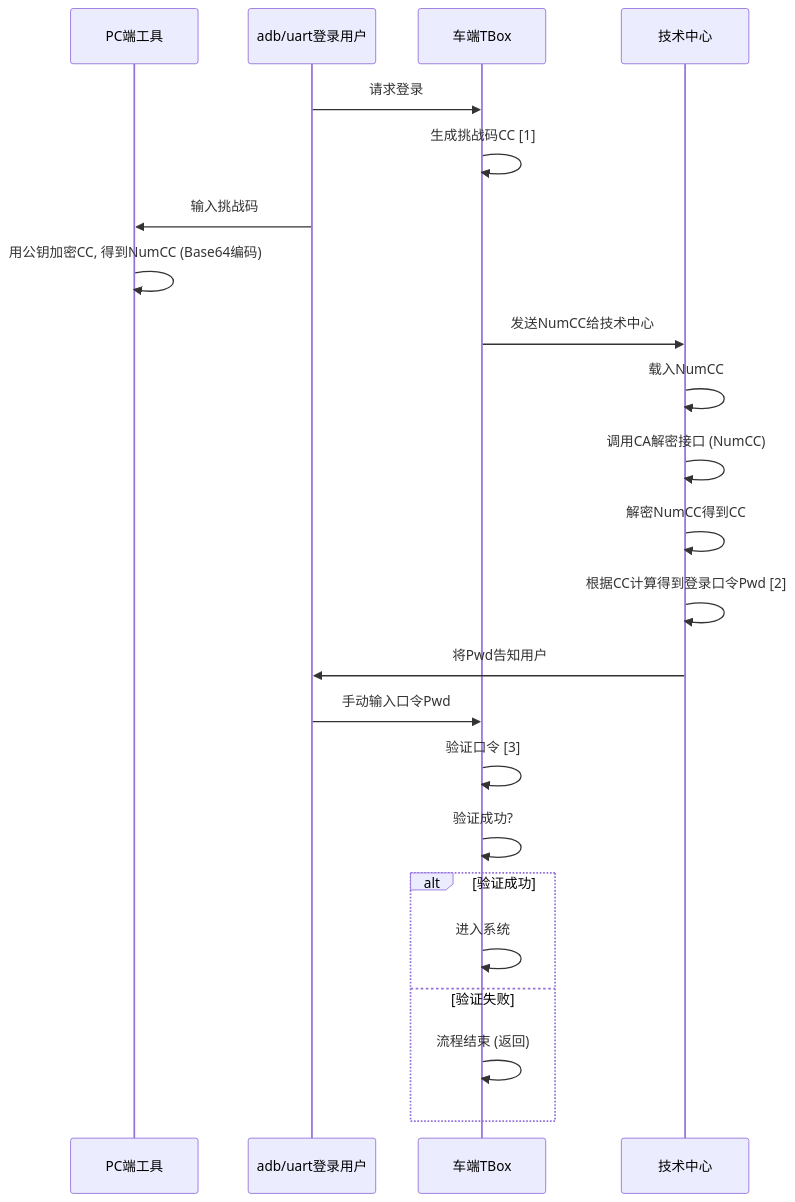
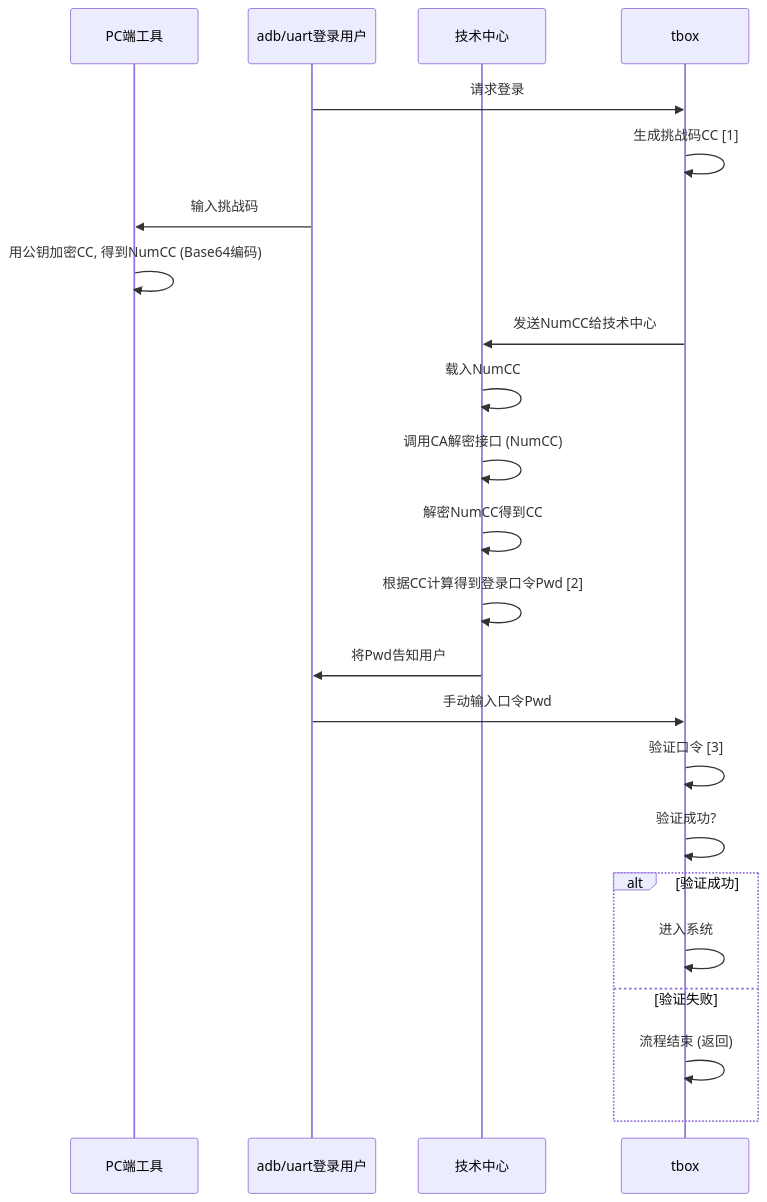
Before and after one commit to facebook-cloud/iodraw-files: the diagram in all/未命名-13.md, drawn with Mermaid.

Commit message:
2026-01-26 18:19:35 update

````diff
--- a/all/未命名-13.md
+++ b/all/未命名-13.md
@@ -1,29 +1,30 @@
 ```mermaid
 sequenceDiagram
+    
     participant pc as PC端工具
     participant user as adb/uart登录用户
-    participant tbox as 车端TBox
+    
     participant tech_center as 技术中心
   
 
     user->>tbox: 请求登录
     tbox->>tbox: 生成挑战码CC [1]
     user->>pc: 输入挑战码
     pc->>pc: 用公钥加密CC, 得到NumCC (Base64编码)
     tbox->>tech_center: 发送NumCC给技术中心
     tech_center->>tech_center: 载入NumCC
     tech_center->>tech_center: 调用CA解密接口 (NumCC)
     tech_center->>tech_center: 解密NumCC得到CC
     tech_center->>tech_center: 根据CC计算得到登录口令Pwd [2]
     tech_center->>user: 将Pwd告知用户
     user->>tbox: 手动输入口令Pwd
     tbox->>tbox: 验证口令 [3]
     tbox->>tbox: 验证成功?
     alt 验证成功
         tbox->>tbox: 进入系统
     else 验证失败
         tbox->>tbox: 流程结束 (返回)
     end
 
 
 ```
````
